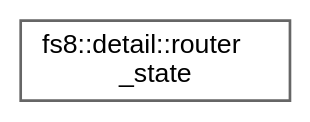
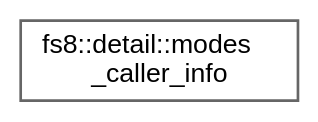
The diagram in api/inherit_graph_56.dot (the-moisrex/foresight), drawn with Graphviz before and after one commit. The commit also changed 271 other files, not shown here.

```diff
--- a/api/inherit_graph_56.dot
+++ b/api/inherit_graph_56.dot
@@ -1,9 +1,9 @@
 digraph "Graphical Class Hierarchy"
 {
  // LATEX_PDF_SIZE
   bgcolor="transparent";
   edge [fontname=Helvetica,fontsize=10,labelfontname=Helvetica,labelfontsize=10];
   node [fontname=Helvetica,fontsize=10,shape=box,height=0.2,width=0.4];
   rankdir="LR";
-  Node0 [id="Node000000",label="fs8::detail::router\l_state",height=0.2,width=0.4,color="grey40", fillcolor="white", style="filled",URL="$structfs8_1_1detail_1_1router__state.html",tooltip=" "];
+  Node0 [id="Node000000",label="fs8::detail::modes\l_caller_info",height=0.2,width=0.4,color="grey40", fillcolor="white", style="filled",URL="$structfs8_1_1detail_1_1modes__caller__info.html",tooltip=" "];
 }
```
